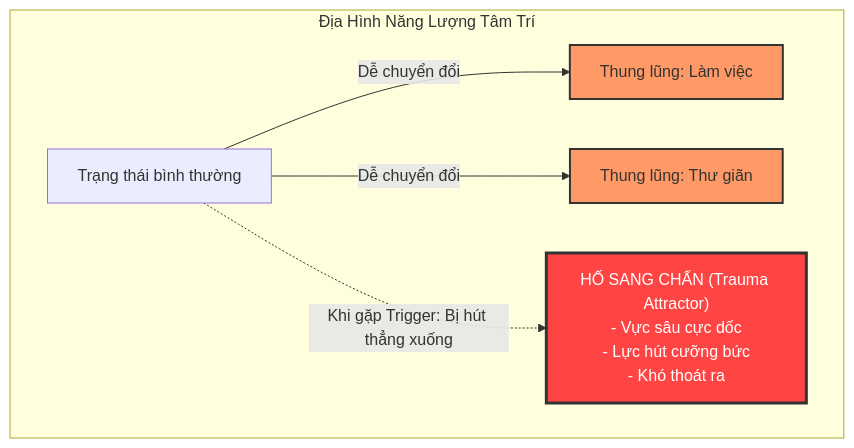
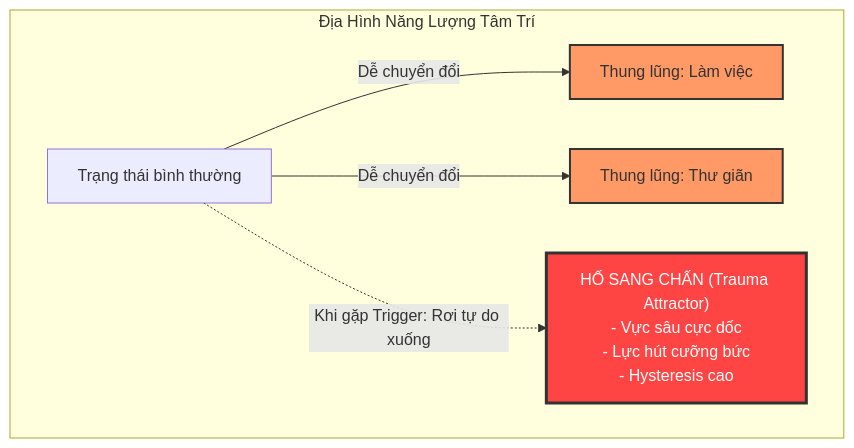
One commit to HeldenChill/Researchs changed the third of 6 diagrams in Mo-Hinh-Tam-Ly-Va-Sang-Chan-Da-Chieu.md. Above: the diagram before and after it, drawn with Mermaid. The commit also changed other lines of this file and 1 other file, not shown here.

````diff
--- a/Mo-Hinh-Tam-Ly-Va-Sang-Chan-Da-Chieu.md
+++ b/Mo-Hinh-Tam-Ly-Va-Sang-Chan-Da-Chieu.md
@@ -80,17 +107,17 @@
 ```mermaid
 flowchart TD
     classDef attractor fill:#f96,stroke:#333,stroke-width:2px;
     classDef deepTrap fill:#f44,stroke:#333,stroke-width:3px,color:#fff;
 
     subgraph LANDSCAPE["Địa Hình Năng Lượng Tâm Trí"]
         StateNeutral["Trạng thái bình thường"]
         
         Valley1["Thung lũng: Làm việc"]:::attractor
         Valley2["Thung lũng: Thư giãn"]:::attractor
-        ValleyTrauma["HỐ SANG CHẤN (Trauma Attractor)<br/>- Vực sâu cực dốc<br/>- Lực hút cưỡng bức<br/>- Khó thoát ra"]:::deepTrap
+        ValleyTrauma["HỐ SANG CHẤN (Trauma Attractor)<br/>- Vực sâu cực dốc<br/>- Lực hút cưỡng bức<br/>- Hysteresis cao"]:::deepTrap
 
         StateNeutral -->|"Dễ chuyển đổi"| Valley1
         StateNeutral -->|"Dễ chuyển đổi"| Valley2
-        StateNeutral -.->|"Khi gặp Trigger: Bị hút thẳng xuống"| ValleyTrauma
+        StateNeutral -.->|"Khi gặp Trigger: Rơi tự do xuống"| ValleyTrauma
     end
 ```
````
